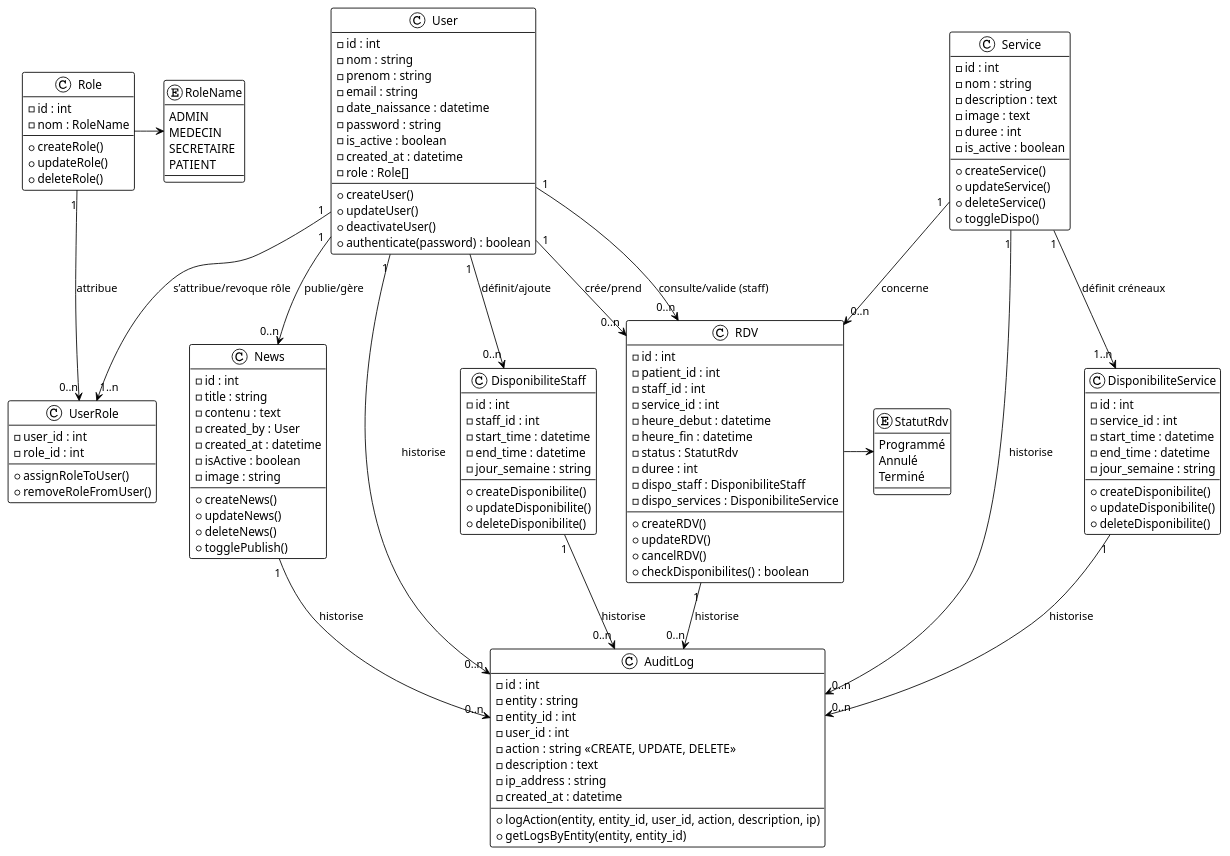
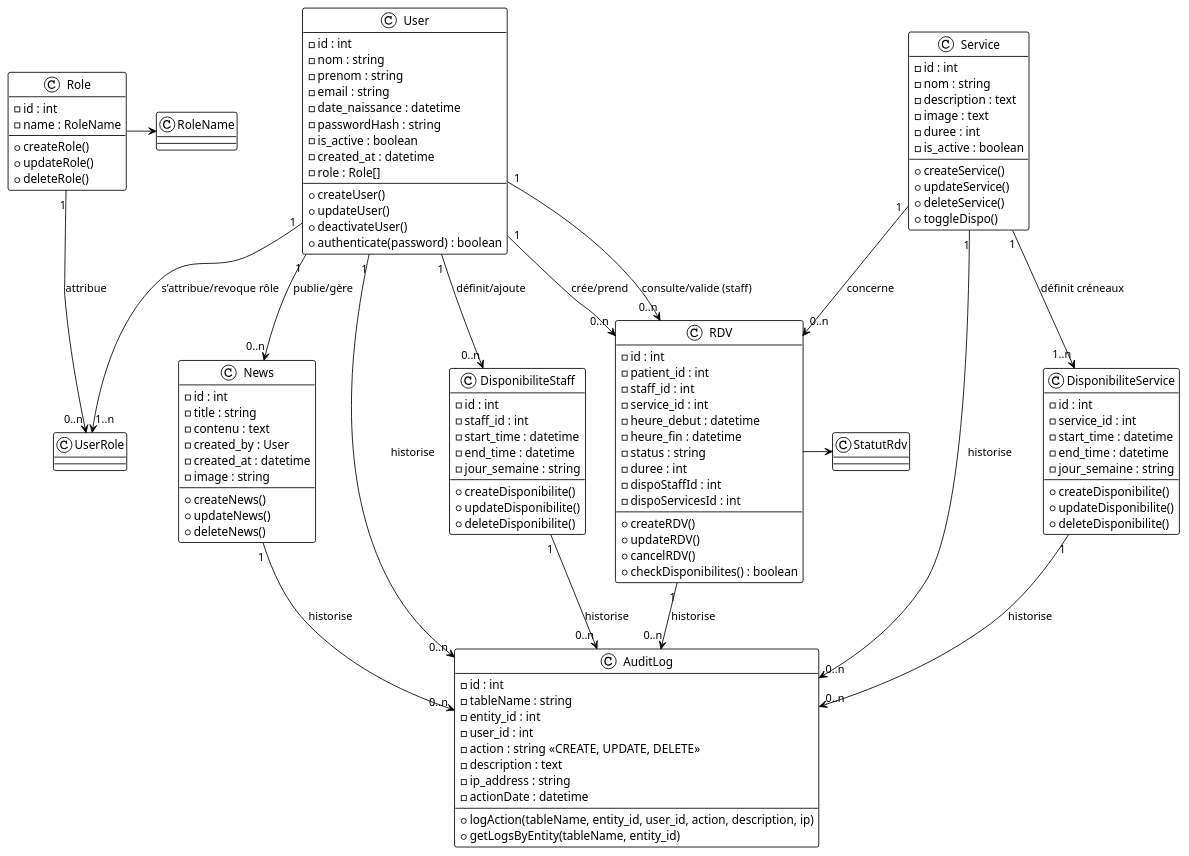
The diagram in UML/class.puml (baptistev59/DoctoLight), drawn with PlantUML before and after one commit. The commit also changed 25 other files, not shown here.

```diff
--- a/UML/class.puml
+++ b/UML/class.puml
@@ -1,179 +1,158 @@
 @startuml DoctoLight
 !theme plain
 
 ' ===========================
 ' Classes principales
 ' ===========================
 ' ===========================
 ' Utilisateurs
 ' ===========================
 class User {
   -id : int
   -nom : string
   -prenom : string
   -email : string
   -date_naissance : datetime
-  -password : string
+  -passwordHash : string
   -is_active : boolean
   -created_at : datetime
   -role : Role[]
 
   +createUser()
   +updateUser()
   +deactivateUser()
   +authenticate(password) : boolean
 }
 
 class Role {
   -id : int
-  -nom : RoleName
+  -name : RoleName
 
   +createRole()
   +updateRole()
   +deleteRole()
 }
 
-enum RoleName {
-  ADMIN
-  MEDECIN
-  SECRETAIRE
-  PATIENT
-}
-
-class UserRole {
-  -user_id : int
-  -role_id : int
-
-  +assignRoleToUser()
-  +removeRoleFromUser()
-}
 ' ===========================
 ' Services
 ' ===========================
 class Service {
   -id : int
   -nom : string
   -description : text
   -image : text
   -duree : int
   -is_active : boolean
 
   +createService()
   +updateService()
   +deleteService()
   +toggleDispo()
 }
 ' ===========================
 ' Disponibilités
 ' ===========================
 class DisponibiliteStaff {
   -id : int
   -staff_id : int
   -start_time : datetime
   -end_time : datetime
   -jour_semaine : string
 
 
   +createDisponibilite()
   +updateDisponibilite()
   +deleteDisponibilite()
 }
 
 class DisponibiliteService {
   -id : int
   -service_id : int
   -start_time : datetime
   -end_time : datetime
   -jour_semaine : string
 
   +createDisponibilite()
   +updateDisponibilite()
   +deleteDisponibilite()
 }
 ' ===========================
 ' Rendez-vous
 ' ===========================
 class RDV {
   -id : int
   -patient_id : int
   -staff_id : int
   -service_id : int
   -heure_debut : datetime
   -heure_fin : datetime
-  -status : StatutRdv
+  -status : string
   -duree : int
-  -dispo_staff : DisponibiliteStaff
-  -dispo_services : DisponibiliteService
+  -dispoStaffId : int
+  -dispoServicesId : int
 
   +createRDV()
   +updateRDV()
   +cancelRDV()
   +checkDisponibilites() : boolean
 }
 
-enum StatutRdv {
-  Programmé
-  Annulé
-  Terminé
-}
 ' ===========================
 ' Actualités
 ' ===========================
 class News {
   -id : int
   -title : string
   -contenu : text
   -created_by : User
   -created_at : datetime
-  -isActive : boolean
   -image : string
 
   +createNews()
   +updateNews()
   +deleteNews()
-  +togglePublish()
 }
 
 ' ===========================
 ' Audit Log générique
 ' ===========================
 class AuditLog {
   -id : int
-  -entity : string
+  -tableName : string
   -entity_id : int
   -user_id : int
   -action : string <<CREATE, UPDATE, DELETE>>
   -description : text
   -ip_address : string
-  -created_at : datetime
+  -actionDate : datetime
 
-  +logAction(entity, entity_id, user_id, action, description, ip)
-  +getLogsByEntity(entity, entity_id)
+  +logAction(tableName, entity_id, user_id, action, description, ip)
+  +getLogsByEntity(tableName, entity_id)
 }
 
 ' ===========================
 ' Relations
 ' ===========================
 User "1" --> "0..n" RDV : crée/prend
 User "1" --> "0..n" RDV : consulte/valide (staff)
 User "1" --> "0..n" DisponibiliteStaff : définit/ajoute
 User "1" --> "1..n" UserRole : s’attribue/revoque rôle
 User "1" --> "0..n" News : publie/gère
 User "1" --> "0..n" AuditLog : historise
 
 Service "1" --> "0..n" RDV : concerne
 Service "1" --> "1..n" DisponibiliteService :définit créneaux
 Service "1" --> "0..n" AuditLog : historise
 
 News "1" --> "0..n" AuditLog : historise
 
 Role "1" --> "0..n" UserRole :attribue
 Role -> RoleName
 
 RDV "1" --> "0..n" AuditLog : historise
 RDV -> StatutRdv
 
 DisponibiliteStaff "1" --> "0..n" AuditLog : historise
 DisponibiliteService "1" --> "0..n" AuditLog :historise
 
 @enduml
```
